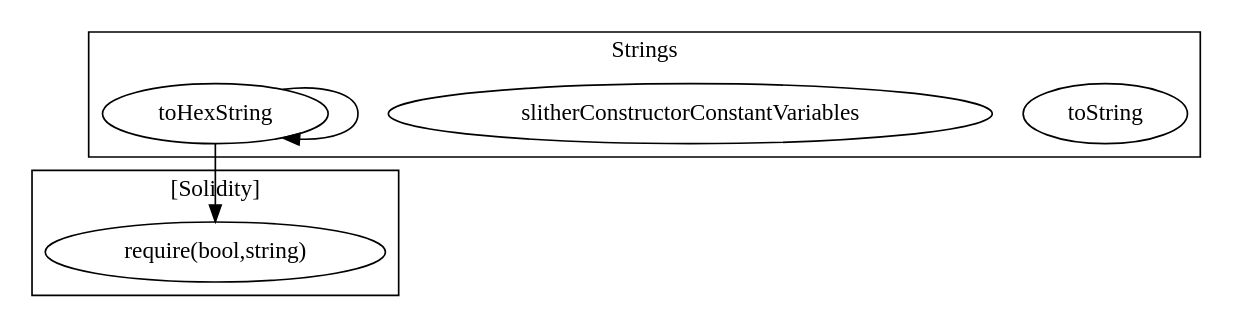
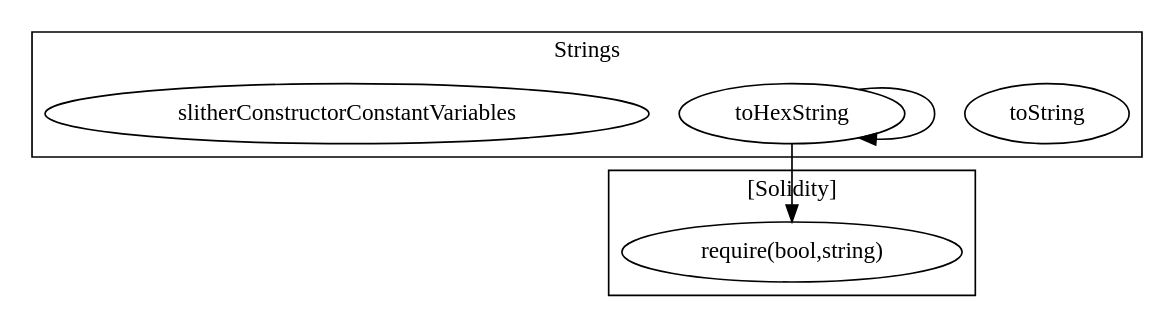
Before and after one commit to FlipsideCrypto/badger: the diagram in contracts/build/...Strings.call-graph.dot, drawn with Graphviz. The commit also changed other lines of this file and 21 other files, not shown here.

```diff
--- a/contracts/build/...Strings.call-graph.dot
+++ b/contracts/build/...Strings.call-graph.dot
@@ -1,13 +1,13 @@
 strict digraph {
 subgraph cluster_2669_Strings {
 label = "Strings"
 "2669_toString" [label="toString"]
+"2669_toHexString" [label="toHexString"]
 "2669_slitherConstructorConstantVariables" [label="slitherConstructorConstantVariables"]
-"2669_toHexString" [label="toHexString"]
 "2669_toHexString" -> "2669_toHexString"
 }subgraph cluster_solidity {
 label = "[Solidity]"
 "require(bool,string)" 
 "2669_toHexString" -> "require(bool,string)"
 }
 }
```
